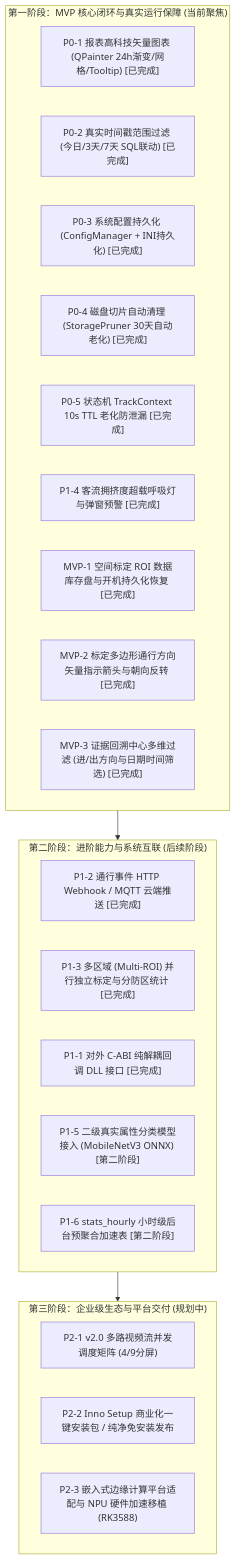
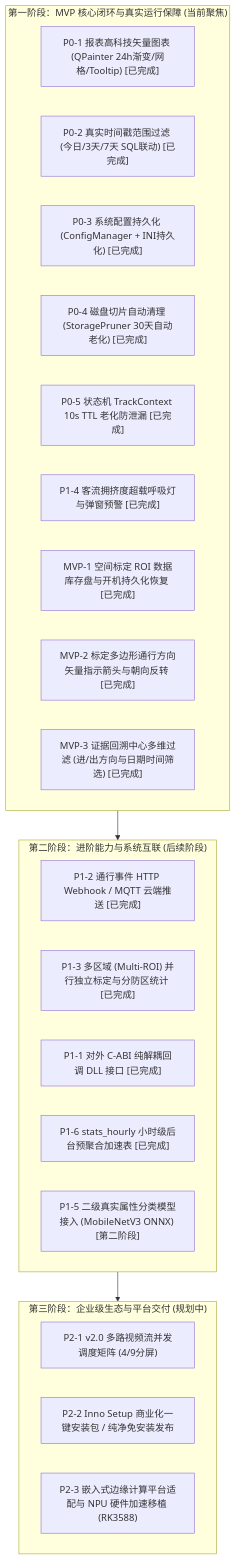
The second of 2 diagrams in docs/06-FlowSight_商业化核心功能缺口分析与分期演进路线图.md (huangjingpei/FlowSight), drawn with Mermaid before and after one commit. The commit also changed other lines of this file and 5 other files, not shown here.

Commit message:
feat(storage): implement stats_hourly background pre-aggregation table for analytics acceleration (P1-6)

````diff
--- a/docs/06-FlowSight_商业化核心功能缺口分析与分期演进路线图.md
+++ b/docs/06-FlowSight_商业化核心功能缺口分析与分期演进路线图.md
@@ -131,31 +131,31 @@
 ```mermaid
 graph TD
     subgraph Phase1["第一阶段：MVP 核心闭环与真实运行保障 (当前聚焦)"]
         P0_1["P0-1 报表高科技矢量图表 (QPainter 24h渐变/网格/Tooltip) [已完成]"]
         P0_2["P0-2 真实时间戳范围过滤 (今日/3天/7天 SQL联动) [已完成]"]
         P0_3["P0-3 系统配置持久化 (ConfigManager + INI持久化) [已完成]"]
         P0_4["P0-4 磁盘切片自动清理 (StoragePruner 30天自动老化) [已完成]"]
         P0_5["P0-5 状态机 TrackContext 10s TTL 老化防泄漏 [已完成]"]
         P1_4["P1-4 客流拥挤度超载呼吸灯与弹窗预警 [已完成]"]
         MVP_1["MVP-1 空间标定 ROI 数据库存盘与开机持久化恢复 [已完成]"]
         MVP_2["MVP-2 标定多边形通行方向矢量指示箭头与朝向反转 [已完成]"]
         MVP_3["MVP-3 证据回溯中心多维过滤 (进/出方向与日期时间筛选) [已完成]"]
     end
 
     subgraph Phase2["第二阶段：进阶能力与系统互联 (后续阶段)"]
         P1_2["P1-2 通行事件 HTTP Webhook / MQTT 云端推送 [已完成]"]
         P1_3["P1-3 多区域 (Multi-ROI) 并行独立标定与分防区统计 [已完成]"]
         P1_1["P1-1 对外 C-ABI 纯解耦回调 DLL 接口 [已完成]"]
+        P1_6["P1-6 stats_hourly 小时级后台预聚合加速表 [已完成]"]
         P1_5["P1-5 二级真实属性分类模型接入 (MobileNetV3 ONNX) [第二阶段]"]
-        P1_6["P1-6 stats_hourly 小时级后台预聚合加速表 [第二阶段]"]
     end
 
     subgraph Phase3["第三阶段：企业级生态与平台交付 (规划中)"]
         P2_1["P2-1 v2.0 多路视频流并发调度矩阵 (4/9分屏)"]
         P2_2["P2-2 Inno Setup 商业化一键安装包 / 纯净免安装发布"]
         P2_3["P2-3 嵌入式边缘计算平台适配与 NPU 硬件加速移植 (RK3588)"]
     end
 
     Phase1 --> Phase2
     Phase2 --> Phase3
 ```
````
